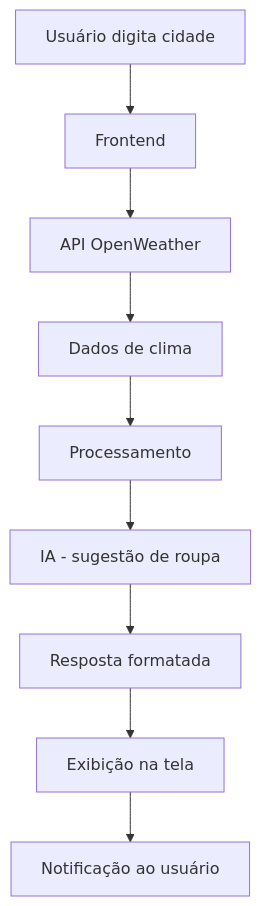
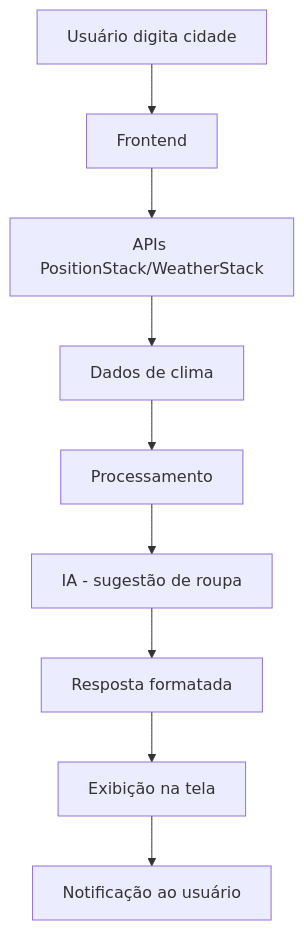
The diagram in README.md (7JustAguy7/look-day), drawn with Mermaid before and after one commit. The commit also changed other lines of this file and 2 other files, not shown here.

````diff
--- a/README.md
+++ b/README.md
@@ -15,13 +15,13 @@
 ```mermaid
 flowchart TD
     A[Usuário digita cidade] --> B[Frontend]
-    B --> C[API OpenWeather]
+    B --> C[APIs PositionStack/WeatherStack]
     C --> D[Dados de clima]
 
     D --> E[Processamento]
     E --> F[IA - sugestão de roupa]
 
     F --> G[Resposta formatada]
     G --> H[Exibição na tela]
     H --> I[Notificação ao usuário]
 ```
````
